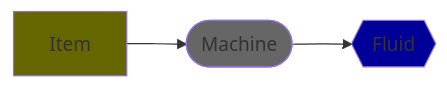
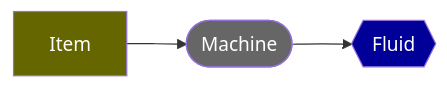
One commit to bigyihsuan/progression-pack changed the diagram in docs/classes.md. Above: the diagram before and after it, drawn with Mermaid. The commit also changed 39 other files, not shown here.

````diff
--- a/docs/classes.md
+++ b/docs/classes.md
@@ -3,16 +3,16 @@
 ```mermaid
 flowchart LR
 it[Item]
 fl{{Fluid}}
 ma([Machine])
 
 it --> ma --> fl
 
-classDef item fill:#660;
-classDef fluid fill:#009;
-classDef machine fill:#666;
+classDef item fill:#660,color:white;
+classDef fluid fill:#009,color:white;
+classDef machine fill:#666,color:white;
 
 class it item
 class fl fluid
 class ma machine
 ```
````
